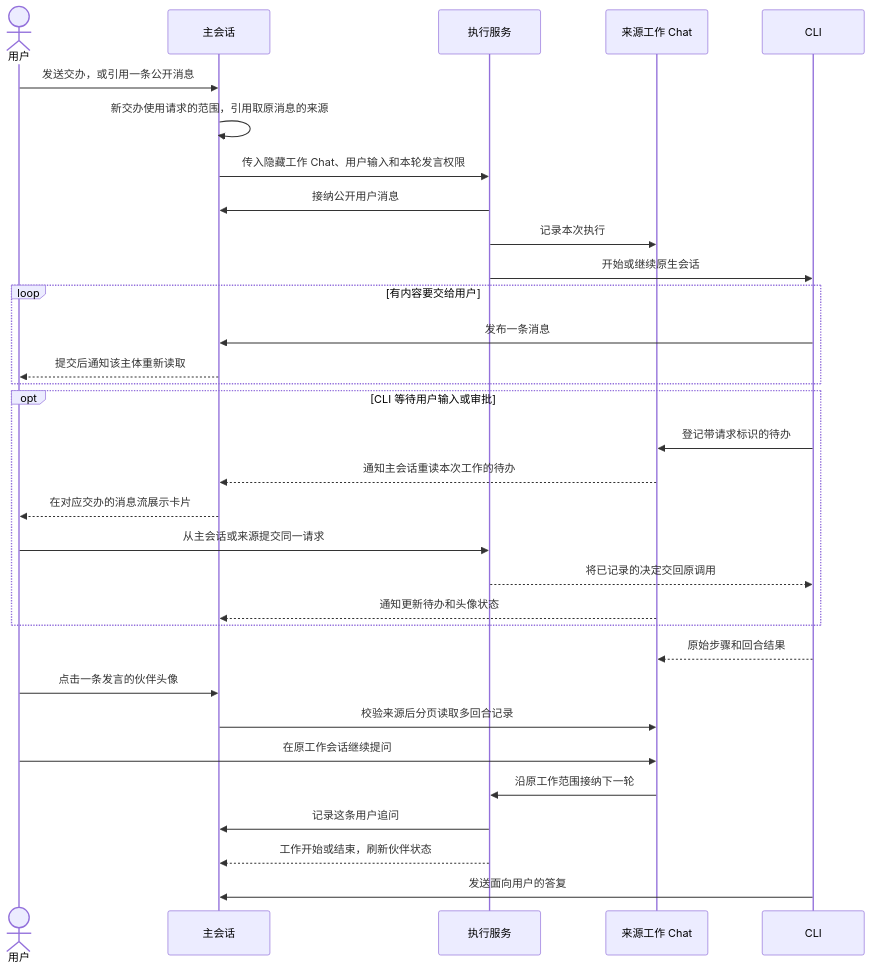
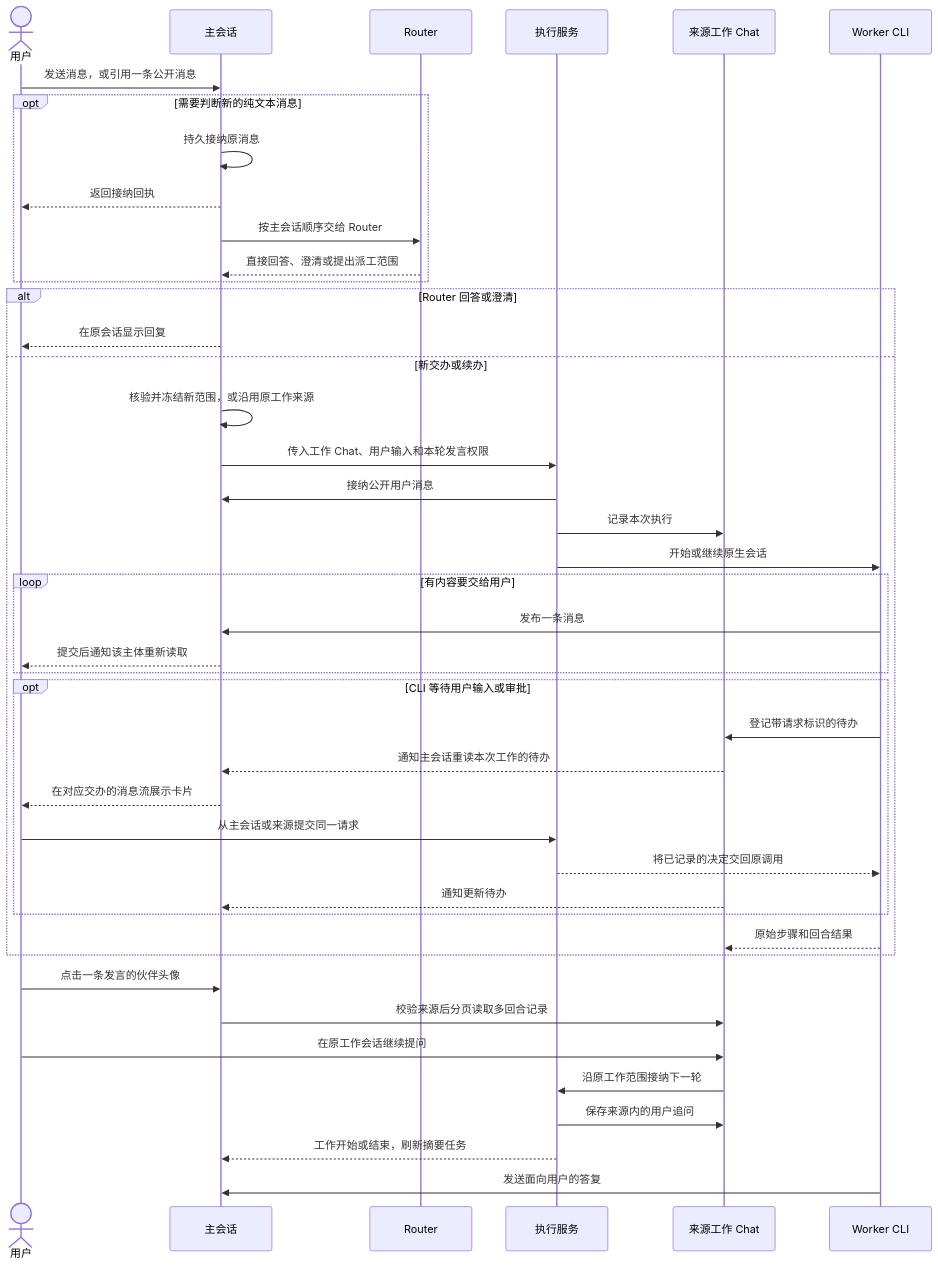
One commit to JieWaZi/NeuxBot changed the second of 4 diagrams in docs/architecture/chat-and-execution-cn.md. Above: the diagram before and after it, drawn with Mermaid. The commit also changed other lines of this file and 402 other files, not shown here.

````diff
--- a/docs/architecture/chat-and-execution-cn.md
+++ b/docs/architecture/chat-and-execution-cn.md
@@ -28,34 +28,45 @@
 ```mermaid
 sequenceDiagram
     actor U as 用户
     participant M as 主会话
+    participant R as Router
     participant E as 执行服务
     participant J as 来源工作 Chat
-    participant C as CLI
-    U->>M: 发送交办，或引用一条公开消息
-    M->>M: 新交办使用请求的范围，引用取原消息的来源
-    M->>E: 传入隐藏工作 Chat、用户输入和本轮发言权限
-    E->>M: 接纳公开用户消息
-    E->>J: 记录本次执行
-    E->>C: 开始或继续原生会话
-    loop 有内容要交给用户
-        C->>M: 发布一条消息
-        M-->>U: 提交后通知该主体重新读取
+    participant C as Worker CLI
+    U->>M: 发送消息，或引用一条公开消息
+    opt 需要判断新的纯文本消息
+        M->>M: 持久接纳原消息
+        M-->>U: 返回接纳回执
+        M->>R: 按主会话顺序交给 Router
+        R-->>M: 直接回答、澄清或提出派工范围
     end
-    opt CLI 等待用户输入或审批
-        C->>J: 登记带请求标识的待办
-        J-->>M: 通知主会话重读本次工作的待办
-        M-->>U: 在对应交办的消息流展示卡片
-        U->>E: 从主会话或来源提交同一请求
-        E-->>C: 将已记录的决定交回原调用
-        J-->>M: 通知更新待办和头像状态
+    alt Router 回答或澄清
+        M-->>U: 在原会话显示回复
+    else 新交办或续办
+        M->>M: 核验并冻结新范围，或沿用原工作来源
+        M->>E: 传入工作 Chat、用户输入和本轮发言权限
+        E->>M: 接纳公开用户消息
+        E->>J: 记录本次执行
+        E->>C: 开始或继续原生会话
+        loop 有内容要交给用户
+            C->>M: 发布一条消息
+            M-->>U: 提交后通知该主体重新读取
+        end
+        opt CLI 等待用户输入或审批
+            C->>J: 登记带请求标识的待办
+            J-->>M: 通知主会话重读本次工作的待办
+            M-->>U: 在对应交办的消息流展示卡片
+            U->>E: 从主会话或来源提交同一请求
+            E-->>C: 将已记录的决定交回原调用
+            J-->>M: 通知更新待办
+        end
+        C-->>J: 原始步骤和回合结果
     end
-    C-->>J: 原始步骤和回合结果
     U->>M: 点击一条发言的伙伴头像
     M->>J: 校验来源后分页读取多回合记录
     U->>J: 在原工作会话继续提问
     J->>E: 沿原工作范围接纳下一轮
-    E->>M: 记录这条用户追问
-    E-->>M: 工作开始或结束，刷新伙伴状态
+    E->>J: 保存来源内的用户追问
+    E-->>M: 工作开始或结束，刷新摘要任务
     C->>M: 发送面向用户的答复
 ```
````
